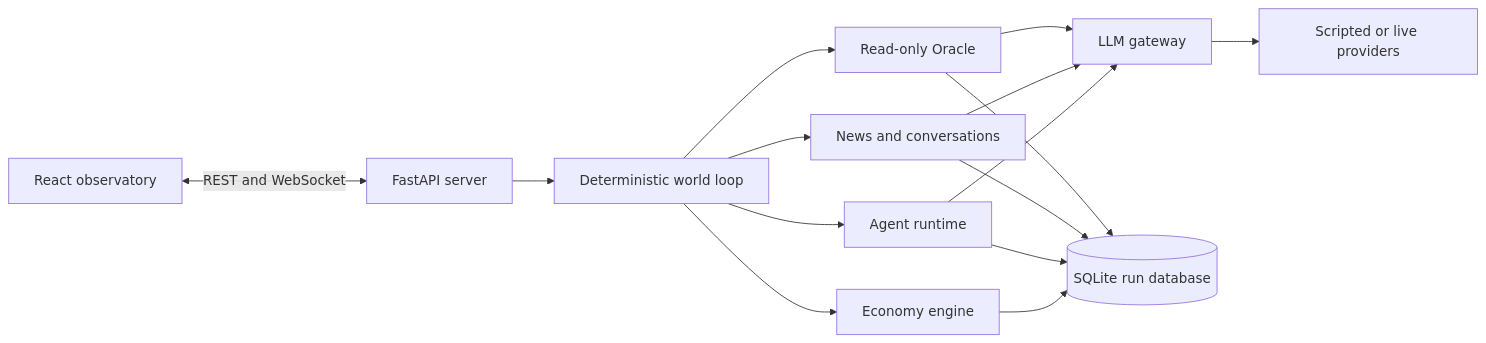
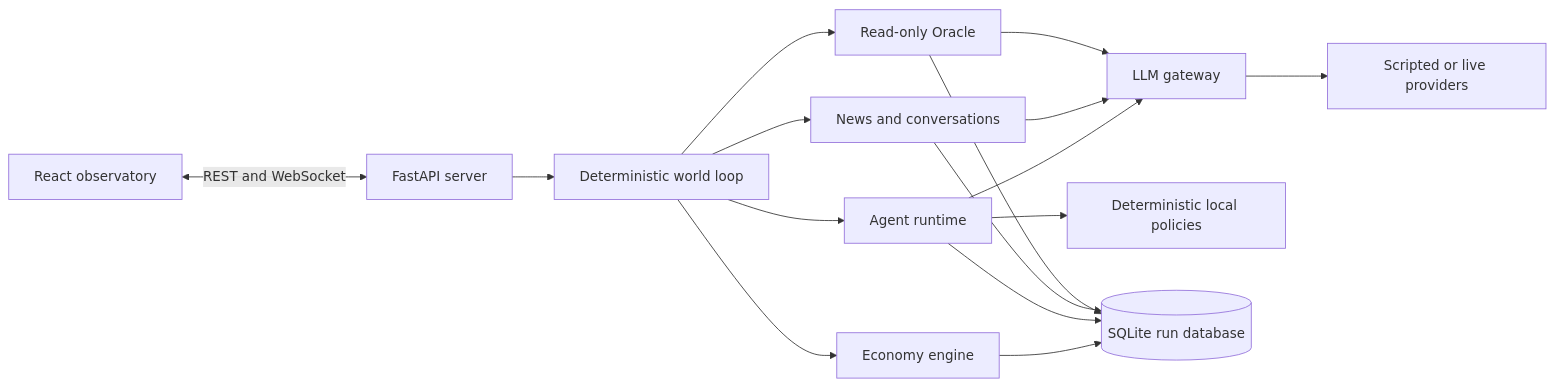
Before and after one commit to alinojoumi8/agent-economy: the first of 2 diagrams in docs/architecture.md, drawn with Mermaid. The commit also changed other lines of this file and 17 other files, not shown here.

````diff
--- a/docs/architecture.md
+++ b/docs/architecture.md
@@ -5,17 +5,18 @@
 ```mermaid
 flowchart LR
     UI[React observatory] <-->|REST and WebSocket| API[FastAPI server]
     API --> WORLD[Deterministic world loop]
     WORLD --> ENGINE[Economy engine]
     WORLD --> AGENTS[Agent runtime]
     WORLD --> INFO[News and conversations]
     AGENTS --> GATEWAY[LLM gateway]
+    AGENTS --> POLICY[Deterministic local policies]
     INFO --> GATEWAY
     GATEWAY --> PROVIDERS[Scripted or live providers]
     WORLD --> ORACLE[Read-only Oracle]
     ORACLE --> GATEWAY
     ENGINE --> DB[(SQLite run database)]
     AGENTS --> DB
     INFO --> DB
     ORACLE --> DB
 ```
````
